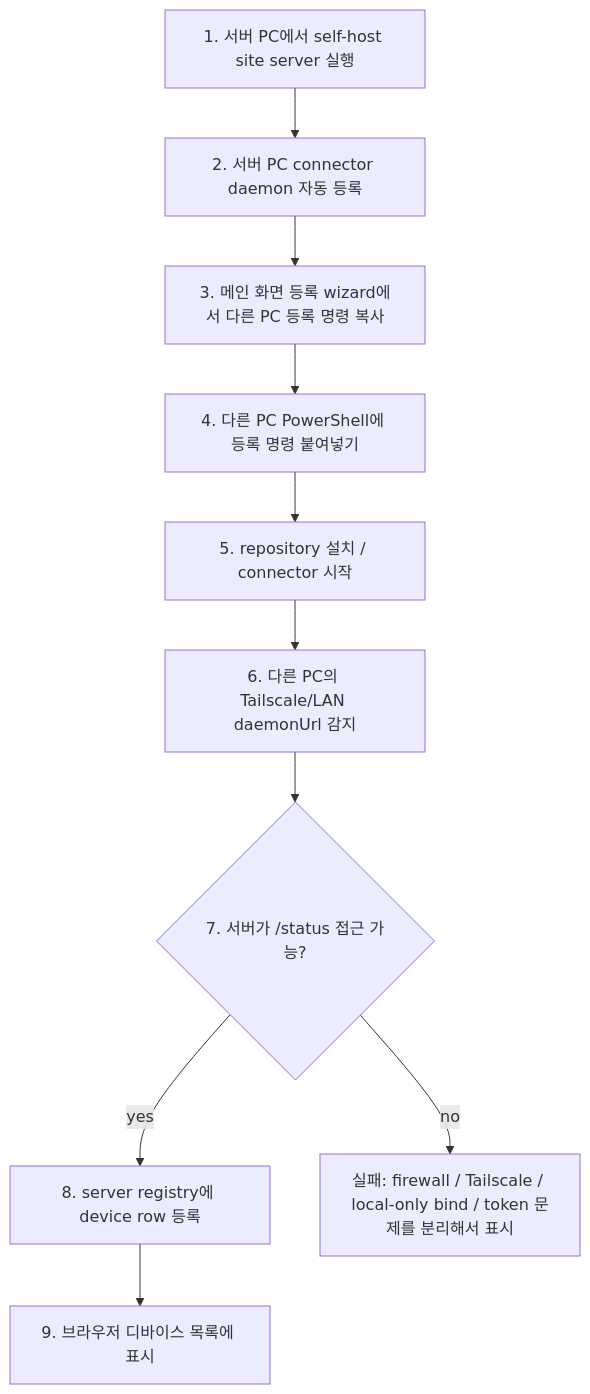
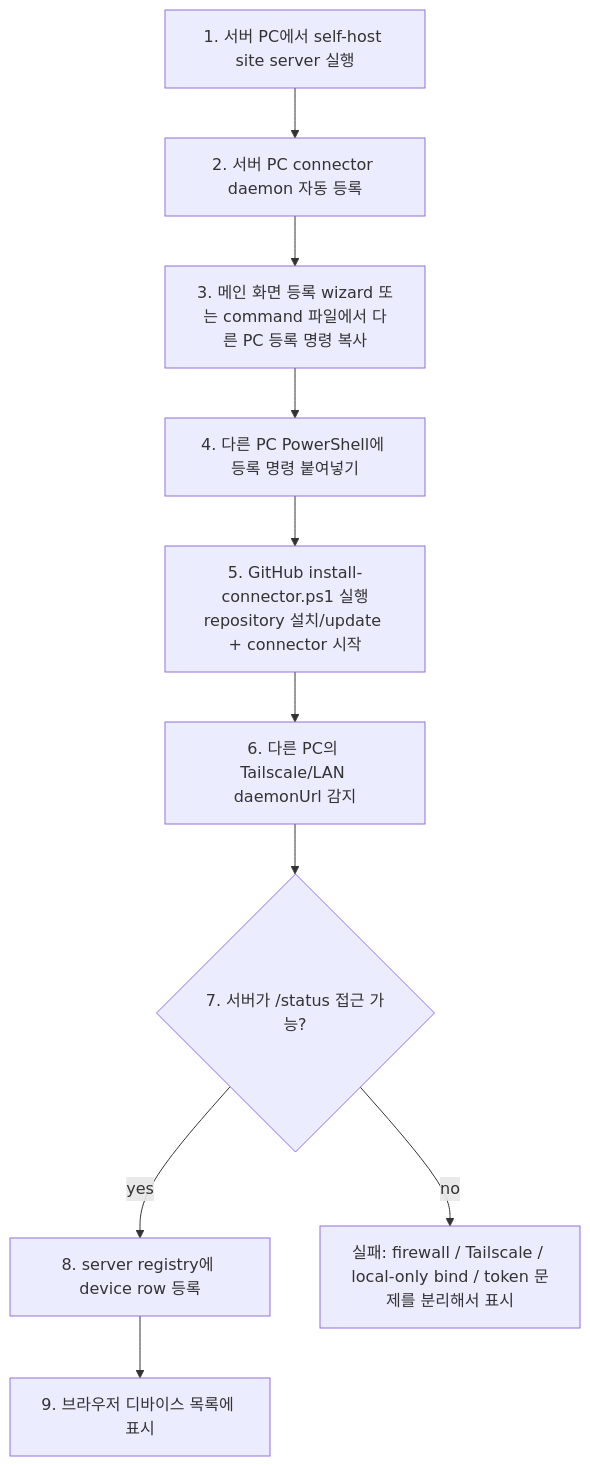
The third of 4 diagrams in README.md (darkhtk/deskrelay), drawn with Mermaid before and after one commit. The commit also changed other lines of this file, not shown here.

````diff
--- a/README.md
+++ b/README.md
@@ -137,17 +167,17 @@
 ```mermaid
 flowchart TD
   A["1. 서버 PC에서 self-host site server 실행"]
   B["2. 서버 PC connector daemon 자동 등록"]
-  C["3. 메인 화면 등록 wizard에서 다른 PC 등록 명령 복사"]
+  C["3. 메인 화면 등록 wizard 또는 command 파일에서 다른 PC 등록 명령 복사"]
   D["4. 다른 PC PowerShell에 등록 명령 붙여넣기"]
-  E["5. repository 설치 / connector 시작"]
+  E["5. GitHub install-connector.ps1 실행<br/>repository 설치/update + connector 시작"]
   F["6. 다른 PC의 Tailscale/LAN daemonUrl 감지"]
   G{"7. 서버가 /status 접근 가능?"}
   H["8. server registry에 device row 등록"]
   I["9. 브라우저 디바이스 목록에 표시"]
   X["실패: firewall / Tailscale / local-only bind / token 문제를 분리해서 표시"]
 
   A --> B --> C --> D --> E --> F --> G
   G -->|yes| H --> I
   G -->|no| X
 ```
````
